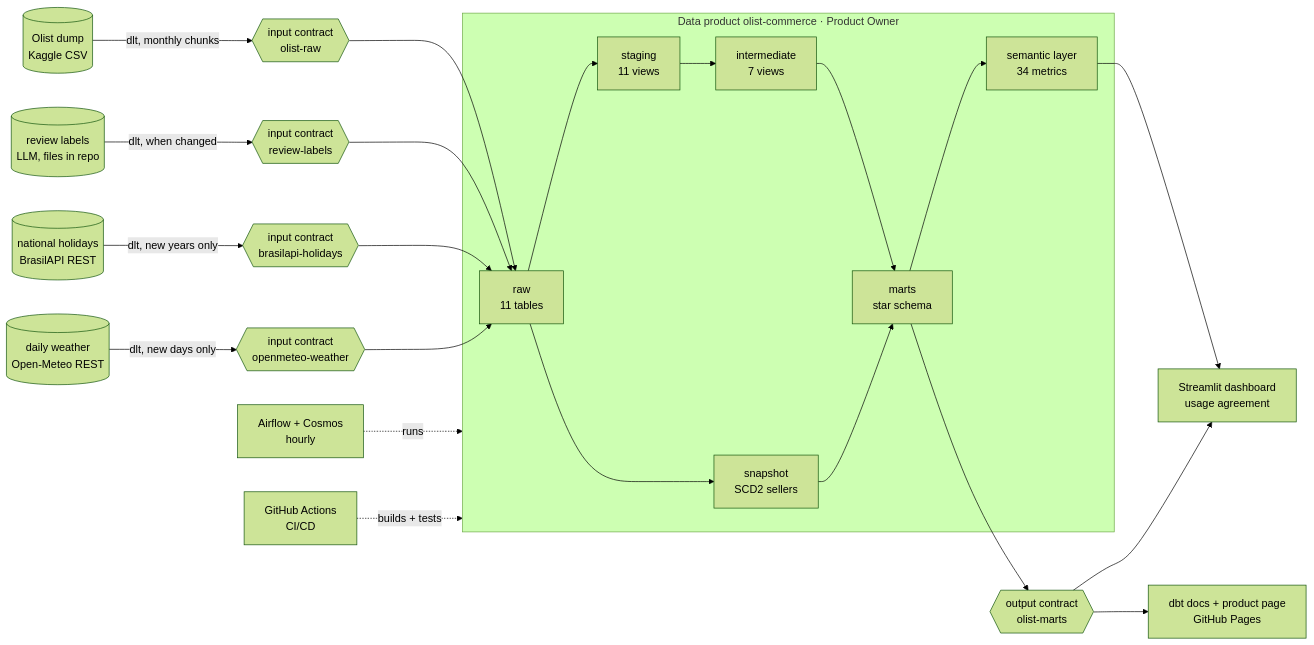
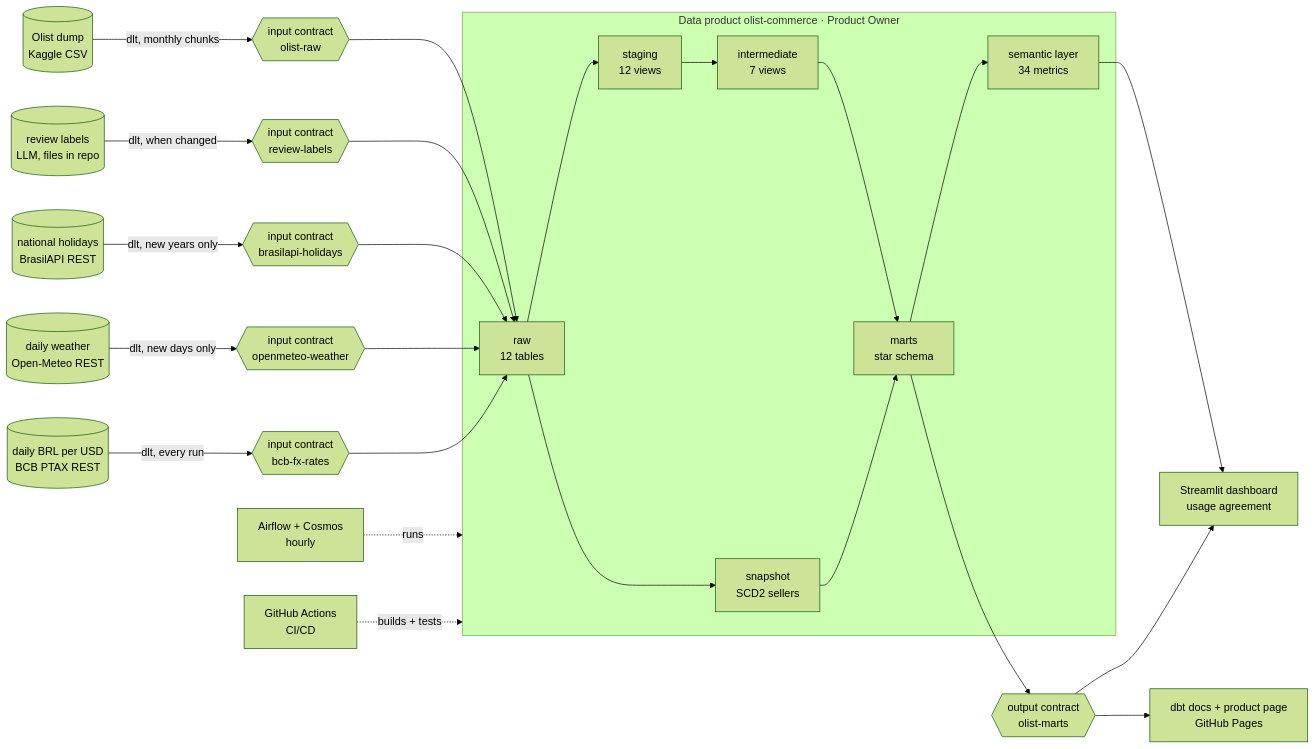
The first of 6 diagrams in README.md (ShuCiG/olist-analytics-dbt), drawn with Mermaid (forest theme) before and after one commit. The commit also changed 26 other files, not shown here.

First line of the commit message:
feat(ingestion): daily BRL per USD rate from BCB PTAX, fct_order_fx

````diff
--- a/README.md
+++ b/README.md
@@ -94,25 +94,27 @@
 ```mermaid
 flowchart LR
     kaggle[(Olist dump<br/>Kaggle CSV)] -->|dlt, monthly chunks| ic{{input contract<br/>olist-raw}}
     ic --> raw
     labels[(review labels<br/>LLM, files in repo)] -->|dlt, when changed| lc{{input contract<br/>review-labels}}
     lc --> raw
     holidays[(national holidays<br/>BrasilAPI REST)] -->|dlt, new years only| hc{{input contract<br/>brasilapi-holidays}}
     hc --> raw
     weather[(daily weather<br/>Open-Meteo REST)] -->|dlt, new days only| wc{{input contract<br/>openmeteo-weather}}
     wc --> raw
+    fx[(daily BRL per USD<br/>BCB PTAX REST)] -->|dlt, every run| fc{{input contract<br/>bcb-fx-rates}}
+    fc --> raw
 
     subgraph product[Data product olist-commerce · Product Owner]
-        raw[raw<br/>11 tables] --> staging[staging<br/>11 views] --> intermediate[intermediate<br/>7 views] --> marts[marts<br/>star schema]
+        raw[raw<br/>12 tables] --> staging[staging<br/>12 views] --> intermediate[intermediate<br/>7 views] --> marts[marts<br/>star schema]
         marts --> metrics[semantic layer<br/>34 metrics]
         raw --> snap[snapshot<br/>SCD2 sellers] --> marts
     end
 
     marts --> oc{{output contract<br/>olist-marts}}
     oc --> dash[Streamlit dashboard<br/>usage agreement]
     metrics --> dash
     oc --> docs[dbt docs + product page<br/>GitHub Pages]
 
     airflow[Airflow + Cosmos<br/>hourly] -. runs .-> product
     ci[GitHub Actions<br/>CI/CD] -. builds + tests .-> product
 ```
````
